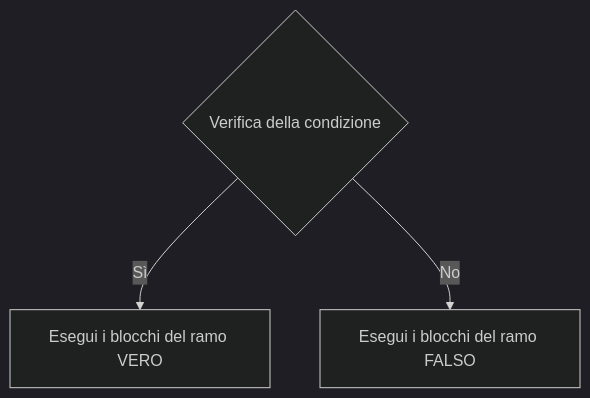
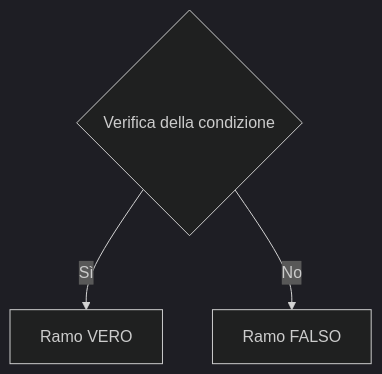
One commit to Federob/infohandouts changed the fifth of 7 diagrams in docs/algocoding/01_flowgorithm.md. Above: the diagram before and after it, drawn with Mermaid (dark theme). The commit also changed other lines of this file, not shown here.

````diff
--- a/docs/algocoding/01_flowgorithm.md
+++ b/docs/algocoding/01_flowgorithm.md
@@ -85,5 +82,5 @@
 ```mermaid
 flowchart TD
-    B{"Verifica della condizione"} -->|Sì| C["Esegui i blocchi del ramo VERO"]
-    B -->|No| D["Esegui i blocchi del ramo FALSO"]
+    B{"Verifica della condizione"} -->|Sì| C["Ramo VERO"]
+    B -->|No| D["Ramo FALSO"]
 ```
````
